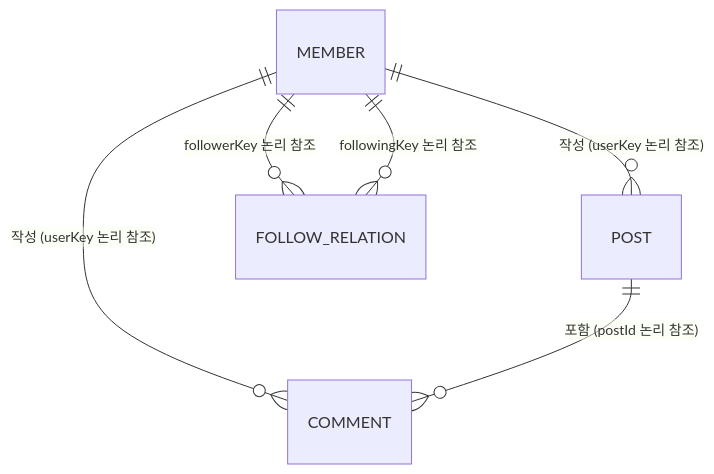
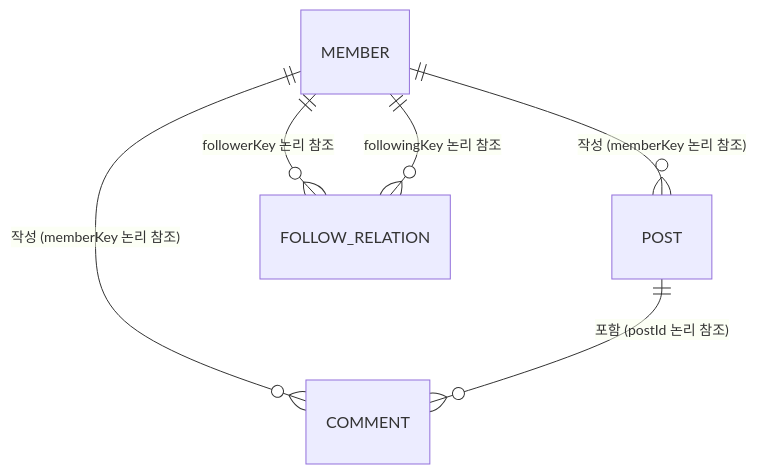
One commit to f-lab-edu/pet-feed changed the first of 2 diagrams in .docs/domain-specification.md. Above: the diagram before and after it, drawn with Mermaid. The commit also changed other lines of this file and 59 other files, not shown here.

````diff
--- a/.docs/domain-specification.md
+++ b/.docs/domain-specification.md
@@ -24,8 +28,8 @@
 ```mermaid
 erDiagram
-    MEMBER ||--o{ POST : "작성 (userKey 논리 참조)"
-    MEMBER ||--o{ COMMENT : "작성 (userKey 논리 참조)"
+    MEMBER ||--o{ POST : "작성 (memberKey 논리 참조)"
+    MEMBER ||--o{ COMMENT : "작성 (memberKey 논리 참조)"
     POST ||--o{ COMMENT : "포함 (postId 논리 참조)"
     MEMBER ||--o{ FOLLOW_RELATION : "followerKey 논리 참조"
     MEMBER ||--o{ FOLLOW_RELATION : "followingKey 논리 참조"
 ```
````
